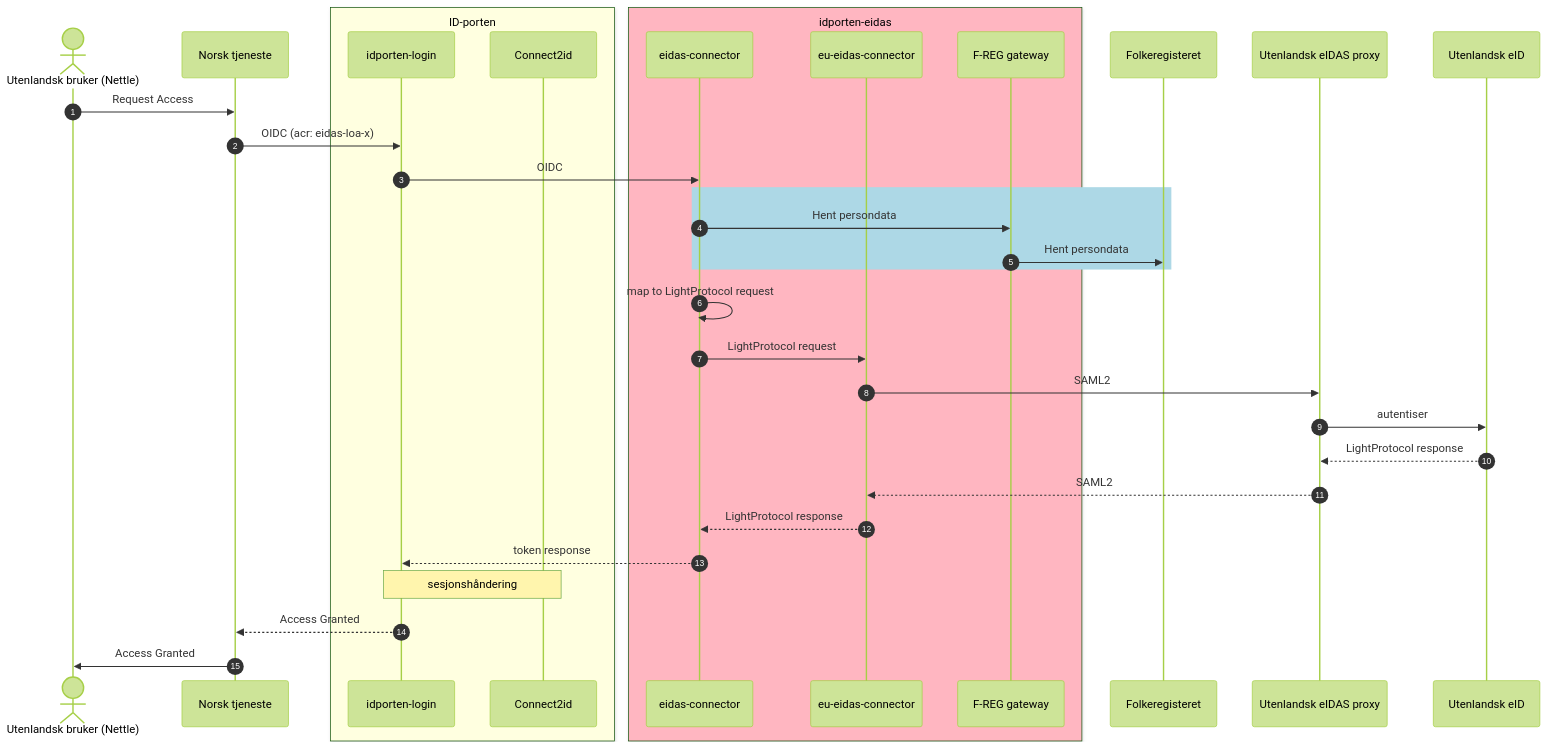
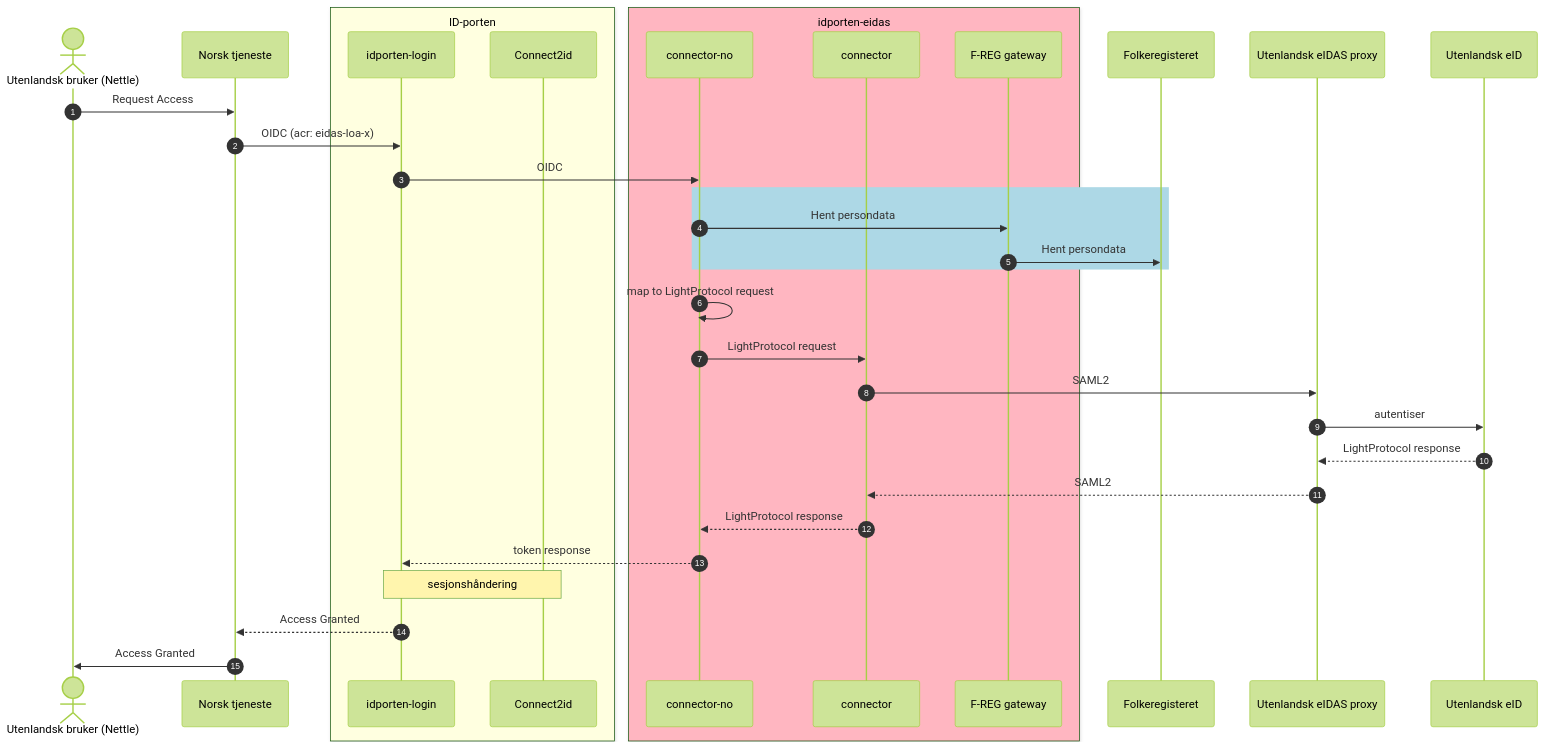
The second of 2 diagrams in README.md (felleslosninger/eidas-demo-countries), drawn with Mermaid (forest theme) before and after one commit. The commit also changed other lines of this file, not shown here.

Commit message:
Namneendring

````diff
--- a/README.md
+++ b/README.md
@@ -77,38 +77,38 @@
 ```mermaid  
 sequenceDiagram
 autonumber
     actor User as Utenlandsk bruker (Nettle)
     participant SP as Norsk tjeneste
     box lightyellow ID-porten
     participant IL as idporten-login
     participant C2ID as Connect2id
     end
     box lightpink idporten-eidas
-        participant EC as eidas-connector
-        participant NEC as eu-eidas-connector
+        participant EC as connector-no
+        participant NEC as connector
 
         participant FRGW as F-REG gateway
     end
     participant FR as Folkeregisteret
     participant UPS as Utenlandsk eIDAS proxy
     participant IDP as Utenlandsk eID
 
     User->>SP: Request Access
     SP->>IL: OIDC (acr: eidas-loa-x)
     IL->>EC: OIDC
     rect lightblue
     EC->>FRGW: Hent persondata
     FRGW->>FR: Hent persondata
     end
     EC->>EC: map to LightProtocol request
     EC->>NEC: LightProtocol request
     NEC->>UPS: SAML2
     UPS->>IDP: autentiser
     IDP-->> UPS: LightProtocol response
     UPS-->>NEC: SAML2
     NEC-->>EC: LightProtocol response
     EC-->>IL: token response
     Note over IL,C2ID: sesjonshåndering
     IL-->>SP: Access Granted
     SP->>User: Access Granted
 ```    
````
